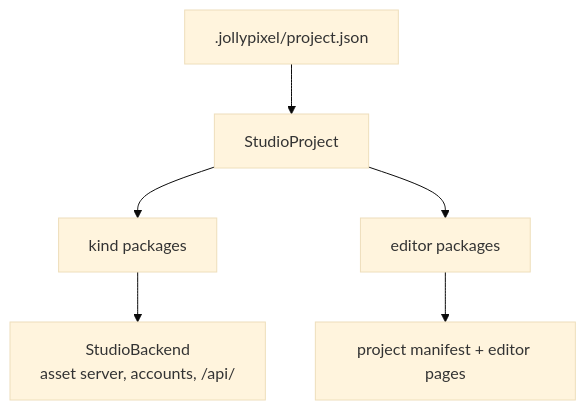
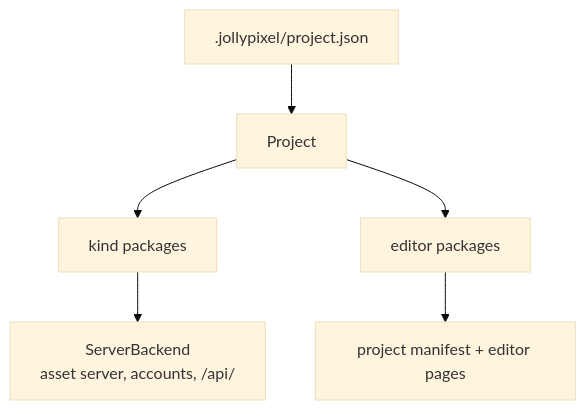
The first of 6 diagrams in packages/studio/ARCHITECTURE.md (JollyPixel/editor), drawn with Mermaid (base theme) before and after one commit. The commit also changed other lines of this file and 168 other files, not shown here.

````diff
--- a/packages/studio/ARCHITECTURE.md
+++ b/packages/studio/ARCHITECTURE.md
@@ -8,8 +8,8 @@
 ```mermaid
 flowchart TB
-    File[".jollypixel/project.json"] --> Project["StudioProject"]
+    File[".jollypixel/project.json"] --> Project["Project"]
     Project --> Kinds["kind packages"]
     Project --> Editors["editor packages"]
-    Kinds --> Backend["StudioBackend<br/>asset server, accounts, /api/"]
+    Kinds --> Backend["ServerBackend<br/>asset server, accounts, /api/"]
     Editors --> Manifest["project manifest + editor pages"]
 ```
````
